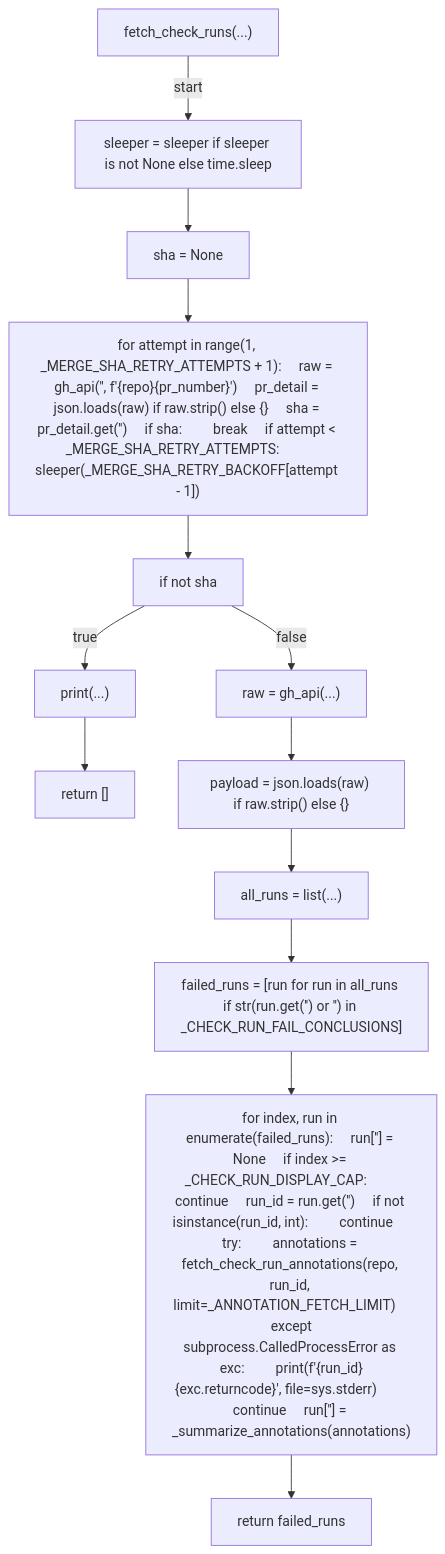
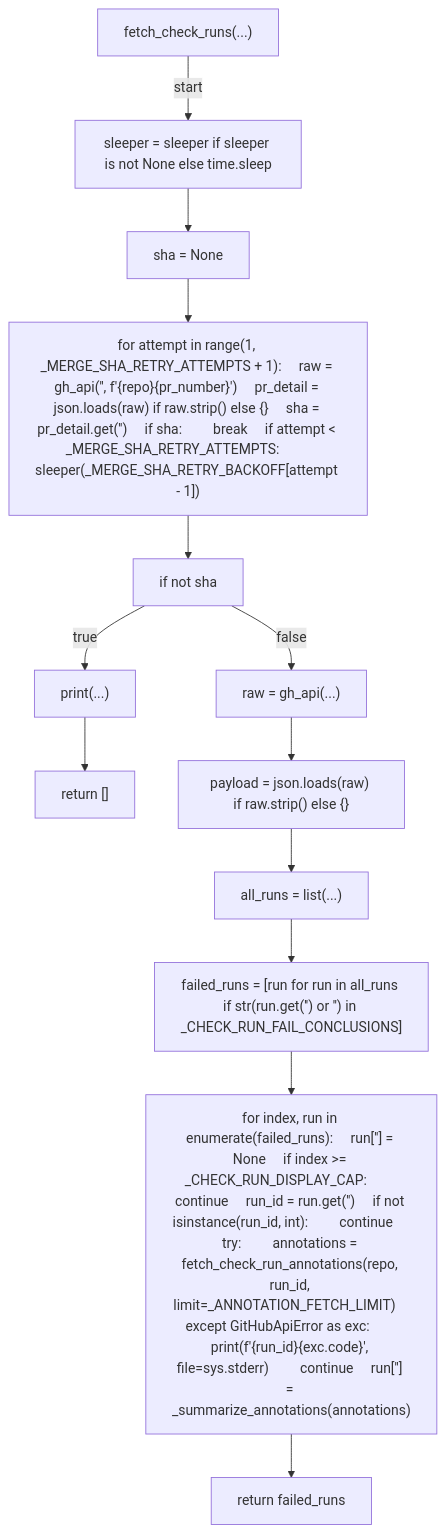
The sixth of 52 diagrams in docs/generated/scripts/ast/auto_retro.md (tvna/claude-md), drawn with Mermaid before and after one commit. The commit also changed other lines of this file and 15 other files, not shown here.

First line of the commit message:
docs(generated): regenerate decision tree and workflow diagrams

````diff
--- a/docs/generated/scripts/ast/auto_retro.md
+++ b/docs/generated/scripts/ast/auto_retro.md
@@ -75,28 +66,28 @@
 ```mermaid
 flowchart TD
     N001["fetch_check_runs(...)"]
     N002["sleeper = sleeper if sleeper is not None else time.sleep"]
     N003["sha = None"]
     N004["for attempt in range(1, _MERGE_SHA_RETRY_ATTEMPTS + 1):     raw = gh_api('<str>', f'<str>{repo}<str>{pr_number}')     pr_detail = json.loads(raw) if raw.strip() else {}     sha = pr_detail.get('<str>')     if sha:         break     if attempt < _MERGE_SHA_RETRY_ATTEMPTS:         sleeper(_MERGE_SHA_RETRY_BACKOFF[attempt - 1])"]
     N005["if not sha"]
     N006["print(...)"]
     N007["return []"]
     N008["raw = gh_api(...)"]
     N009["payload = json.loads(raw) if raw.strip() else {}"]
     N010["all_runs = list(...)"]
     N011["failed_runs = [run for run in all_runs if str(run.get('<str>') or '<str>') in _CHECK_RUN_FAIL_CONCLUSIONS]"]
-    N012["for index, run in enumerate(failed_runs):     run['<str>'] = None     if index >= _CHECK_RUN_DISPLAY_CAP:         continue     run_id = run.get('<str>')     if not isinstance(run_id, int):         continue     try:         annotations = fetch_check_run_annotations(repo, run_id, limit=_ANNOTATION_FETCH_LIMIT)     except subprocess.CalledProcessError as exc:         print(f'<str>{run_id}<str>{exc.returncode}<str>', file=sys.stderr)         continue     run['<str>'] = _summarize_annotations(annotations)"]
+    N012["for index, run in enumerate(failed_runs):     run['<str>'] = None     if index >= _CHECK_RUN_DISPLAY_CAP:         continue     run_id = run.get('<str>')     if not isinstance(run_id, int):         continue     try:         annotations = fetch_check_run_annotations(repo, run_id, limit=_ANNOTATION_FETCH_LIMIT)     except GitHubApiError as exc:         print(f'<str>{run_id}<str>{exc.code}<str>', file=sys.stderr)         continue     run['<str>'] = _summarize_annotations(annotations)"]
     N013["return failed_runs"]
     N001 -->|"start"| N002
     N002 --> N003
     N003 --> N004
     N004 --> N005
     N005 -->|"true"| N006
     N006 --> N007
     N005 -->|"false"| N008
     N008 --> N009
     N009 --> N010
     N010 --> N011
     N011 --> N012
     N012 --> N013
 ```
````
